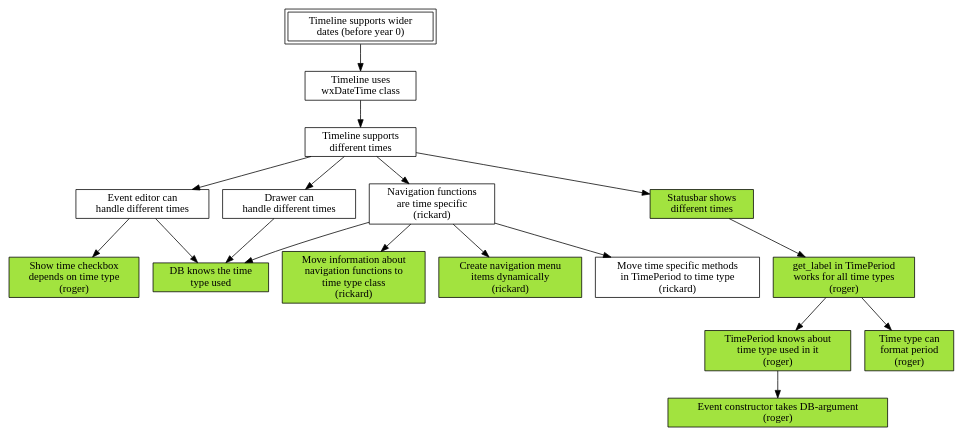
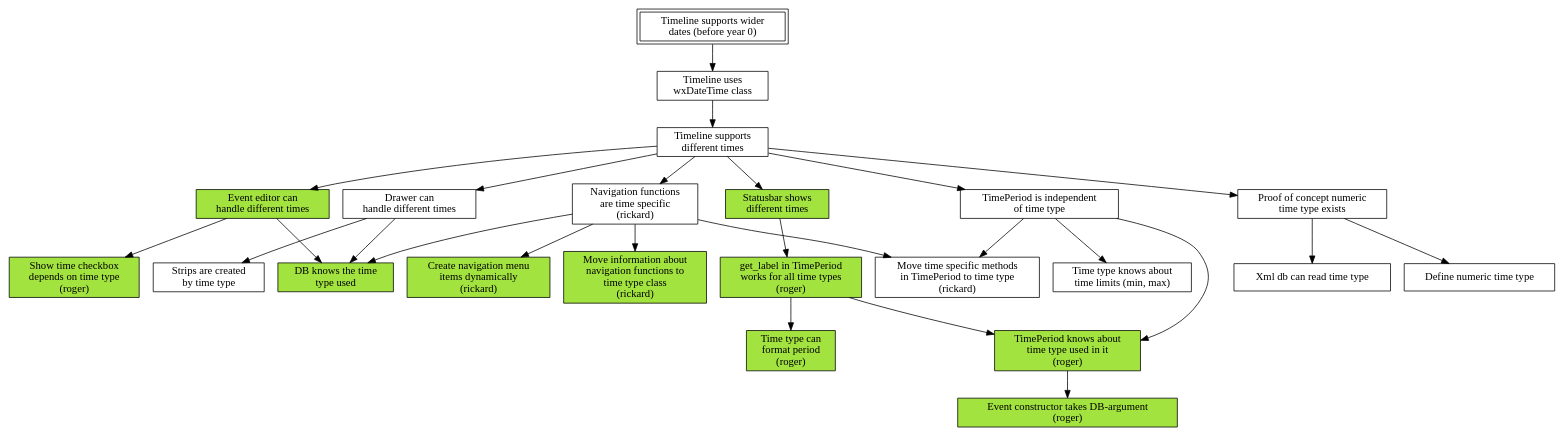
Before and after one commit to shutaozhenzhen/thetimelineproj: the diagram in mikado.dot, drawn with Graphviz.

Commit message:
Update mikado graph.

```diff
--- a/mikado.dot
+++ b/mikado.dot
@@ -1,65 +1,86 @@
 digraph mikado
 {
     node [shape=box];
 
     wider_dates [label="Timeline supports wider\ndates (before year 0)"];
     wider_dates [peripheries=2];
         wider_dates -> switch_to_wx_time;
 
     switch_to_wx_time [label="Timeline uses\nwxDateTime class"];
         switch_to_wx_time -> different_time;
 
     different_time [label="Timeline supports\ndifferent times "];
         different_time -> event_editor;
         different_time -> drawer;
         different_time -> navigation;
         different_time -> status_bar;
+        different_time -> time_period_independent;
+        different_time -> numeric_time_type;
+
+    numeric_time_type [label="Proof of concept numeric\ntime type exists"];
+        numeric_time_type -> define_numeric_time_type;
+        numeric_time_type -> db_reads_time_type;
+
+    time_period_independent [label="TimePeriod is independent\nof time type"];
+        time_period_independent -> time_period_knows_type;
+        time_period_independent -> time_period;
+        time_period_independent -> time_limits_in_time_type;
 
     event_editor [label="Event editor can\nhandle different times"];
+    event_editor [style=filled,fillcolor="#A2E33F"];
         event_editor -> show_time;
         event_editor -> db_has_type_info;
 
     drawer [label="Drawer can\nhandle different times"];
         drawer -> db_has_type_info;
+        drawer -> strips_in_time_type;
 
     navigation [label="Navigation functions\nare time specific\n(rickard)"];
         navigation -> db_has_type_info;
         navigation -> move_nav_to_time_type;
         navigation -> create_menu_items_dynamically;
         navigation -> time_period;
 
     status_bar [label="Statusbar shows\ndifferent times"];
     status_bar [style=filled,fillcolor="#A2E33F"];
         status_bar -> get_label;
         get_label -> time_period_knows_type;
 
     get_label [label="get_label in TimePeriod\nworks for all time types\n(roger)"];
     get_label [style=filled,fillcolor="#A2E33F"];
         get_label -> type_format;
 
     time_period_knows_type [label="TimePeriod knows about\ntime type used in it\n(roger)"];
     time_period_knows_type [style=filled,fillcolor="#A2E33F"];
 	time_period_knows_type -> event_constructor;
 
     // Leaves
 
+    define_numeric_time_type [label="Define numeric time type"];
+
+    db_reads_time_type [label="Xml db can read time type"];
+
     show_time [label="Show time checkbox\ndepends on time type\n(roger)"];
     show_time [style=filled,fillcolor="#A2E33F"];
 
     db_has_type_info [label="DB knows the time\ntype used"];
     db_has_type_info [style=filled,fillcolor="#A2E33F"];
 
     move_nav_to_time_type [label="Move information about\nnavigation functions to\ntime type class\n(rickard)"];
     move_nav_to_time_type [style=filled,fillcolor="#A2E33F"];
 
     create_menu_items_dynamically [label="Create navigation menu\nitems dynamically\n(rickard)"];
     create_menu_items_dynamically [style=filled,fillcolor="#A2E33F"];
 
     time_period [label="Move time specific methods\nin TimePeriod to time type\n(rickard)"];
 
     type_format [label="Time type can\nformat period\n(roger)"];
     type_format [style=filled,fillcolor="#A2E33F"];
     
     event_constructor [label="Event constructor takes DB-argument\n(roger)"];
     event_constructor [style=filled,fillcolor="#A2E33F"];
+
+    strips_in_time_type [label="Strips are created\nby time type"];
+
+    time_limits_in_time_type [label="Time type knows about\ntime limits (min, max)"];
 }
```
